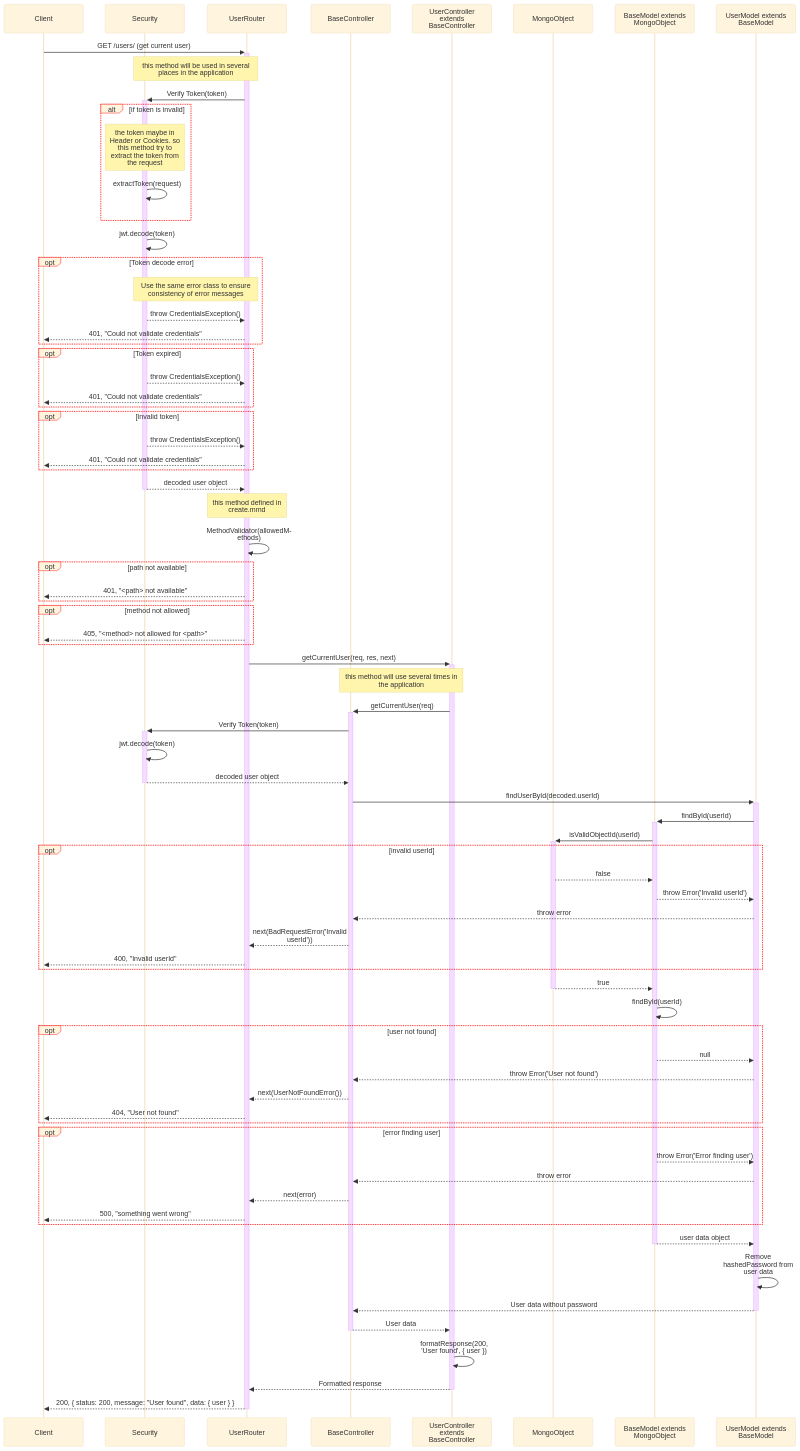
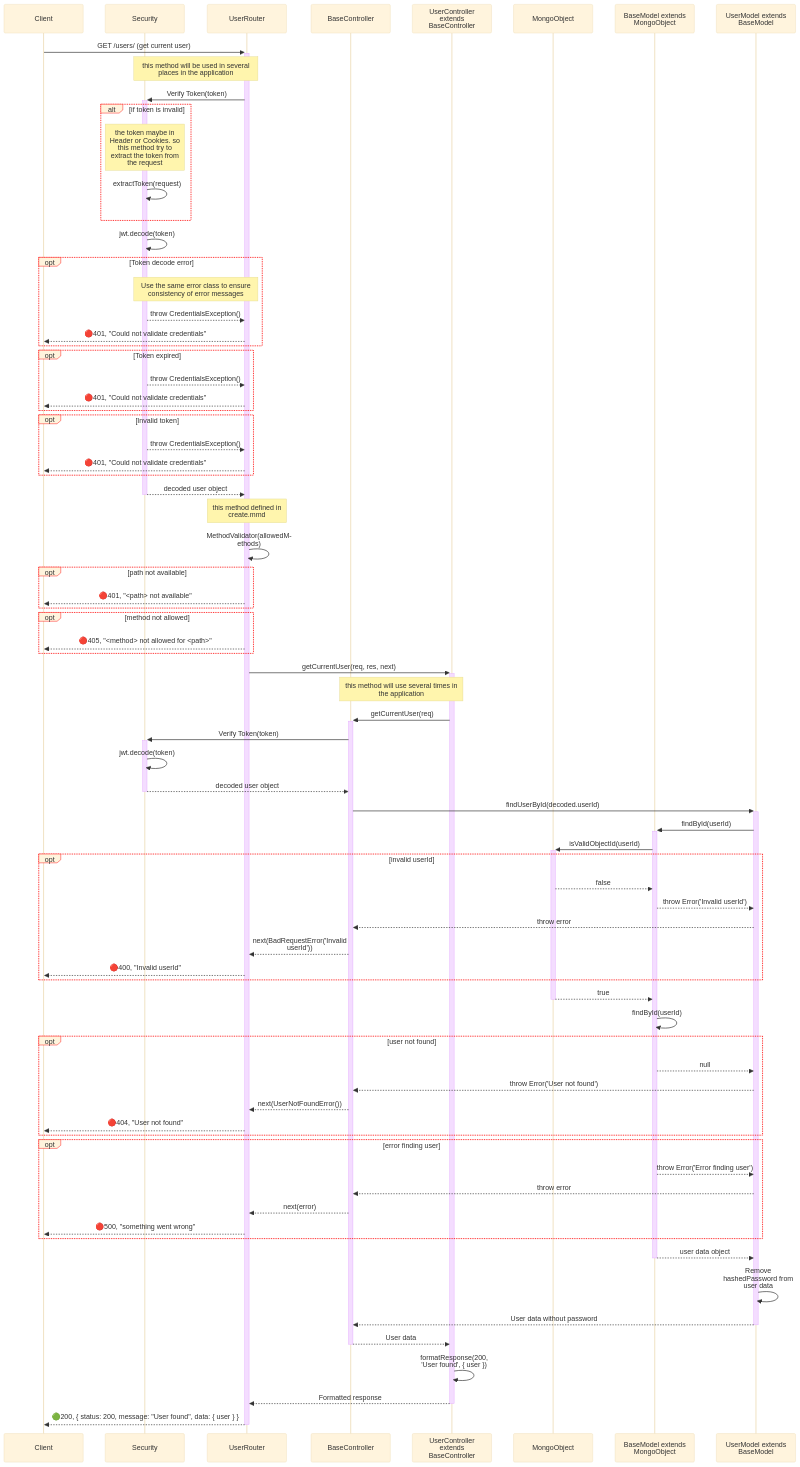
One commit to SawatKia/WealthTracking changed the diagram in design/newClassesDesign/UserManagement/read.mmd. Above: the diagram before and after it, drawn with Mermaid. The commit also changed 22 other files, not shown here.

```diff
--- a/design/newClassesDesign/UserManagement/read.mmd
+++ b/design/newClassesDesign/UserManagement/read.mmd
@@ -1,90 +1,90 @@
 %%{
     init: {
         "theme":"base",
         "themeVariables": {
             'labelBoxBorderColor': '#ff0000'
         },
         "sequence": { 
             "wrap": true, 
             "width": 180 
         } 
     }
 }%%
 sequenceDiagram
     participant Client
     participant Sec as Security
     participant Router as UserRouter
     participant BaseCont as BaseController
     participant Cont as UserController extends BaseController
     participant Mongo as MongoObject
     participant BaseModel as BaseModel extends MongoObject
     participant Model as UserModel extends BaseModel
 
     %% Get User
     Client->>+Router: GET /users/ (get current user)
     Note over Sec, Router: this method will be used in several places in the application
     Router->>+Sec: Verify Token(token)
     alt if token is invalid
     Note over Sec: the token maybe in Header or Cookies. so this method try to extract the token from the request
         Sec->>Sec: extractToken(request)
     end
     Sec->>Sec: jwt.decode(token)
     opt Token decode error
         Note over Sec, Router: Use the same error class to ensure consistency of error messages 
         Sec-->>Router: throw CredentialsException()
-        Router-->>Client: 401, "Could not validate credentials"
+        Router-->>Client: 🔴401, "Could not validate credentials"
     end
     opt Token expired
         Sec-->>Router: throw CredentialsException()
-        Router-->>Client: 401, "Could not validate credentials"
+        Router-->>Client: 🔴401, "Could not validate credentials"
     end
     opt Invalid token
         Sec-->>Router: throw CredentialsException()
-        Router-->>Client: 401, "Could not validate credentials"
+        Router-->>Client: 🔴401, "Could not validate credentials"
     end
     Sec-->>-Router: decoded user object
     Note over Router : this method defined in create.mmd
     Router->>Router: MethodValidator(allowedMethods)
     opt path not available
-        Router-->>Client: 401, "<path> not available"
+        Router-->>Client: 🔴401, "<path> not available"
     end
     opt method not allowed
-        Router-->>Client: 405, "<method> not allowed for <path>"
+        Router-->>Client: 🔴405, "<method> not allowed for <path>"
     end
     Router->>+Cont: getCurrentUser(req, res, next)
     Note over Cont, BaseCont: this method will use several times in the application
     Cont->>+BaseCont: getCurrentUser(req)
     BaseCont->>+Sec: Verify Token(token)
     Sec->>Sec: jwt.decode(token)
     Sec-->>-BaseCont: decoded user object
     BaseCont->>+Model: findUserById(decoded.userId)
     Model->>+BaseModel: findById(userId)
     BaseModel->>+Mongo: isValidObjectId(userId)
     opt invalid userId
         Mongo-->>BaseModel: false
         BaseModel-->>Model: throw Error('Invalid userId')
         Model-->>BaseCont: throw error
         BaseCont-->>Router: next(BadRequestError('Invalid userId'))
-        Router-->>Client: 400, "Invalid userId"
+        Router-->>Client: 🔴400, "Invalid userId"
     end
     Mongo-->>-BaseModel: true
     BaseModel->>BaseModel: findById(userId)
     opt user not found
         BaseModel-->>Model: null
         Model-->>BaseCont: throw Error('User not found')
         BaseCont-->>Router: next(UserNotFoundError())
-        Router-->>Client: 404, "User not found"
+        Router-->>Client: 🔴404, "User not found"
     end
     opt error finding user
         BaseModel-->>Model: throw Error('Error finding user')
         Model-->>BaseCont: throw error
         BaseCont-->>Router: next(error)
-        Router-->>Client: 500, "something went wrong"
+        Router-->>Client: 🔴500, "something went wrong"
     end
     BaseModel-->>-Model: user data object
     Model->>Model: Remove hashedPassword from user data
     Model-->>-BaseCont: User data without password
     BaseCont-->>-Cont: User data
     Cont->>Cont: formatResponse(200, 'User found', { user })
     Cont-->>-Router: Formatted response
-    Router-->>-Client: 200, { status: 200, message: "User found", data: { user } }
+    Router-->>-Client: 🟢200, { status: 200, message: "User found", data: { user } }
```
